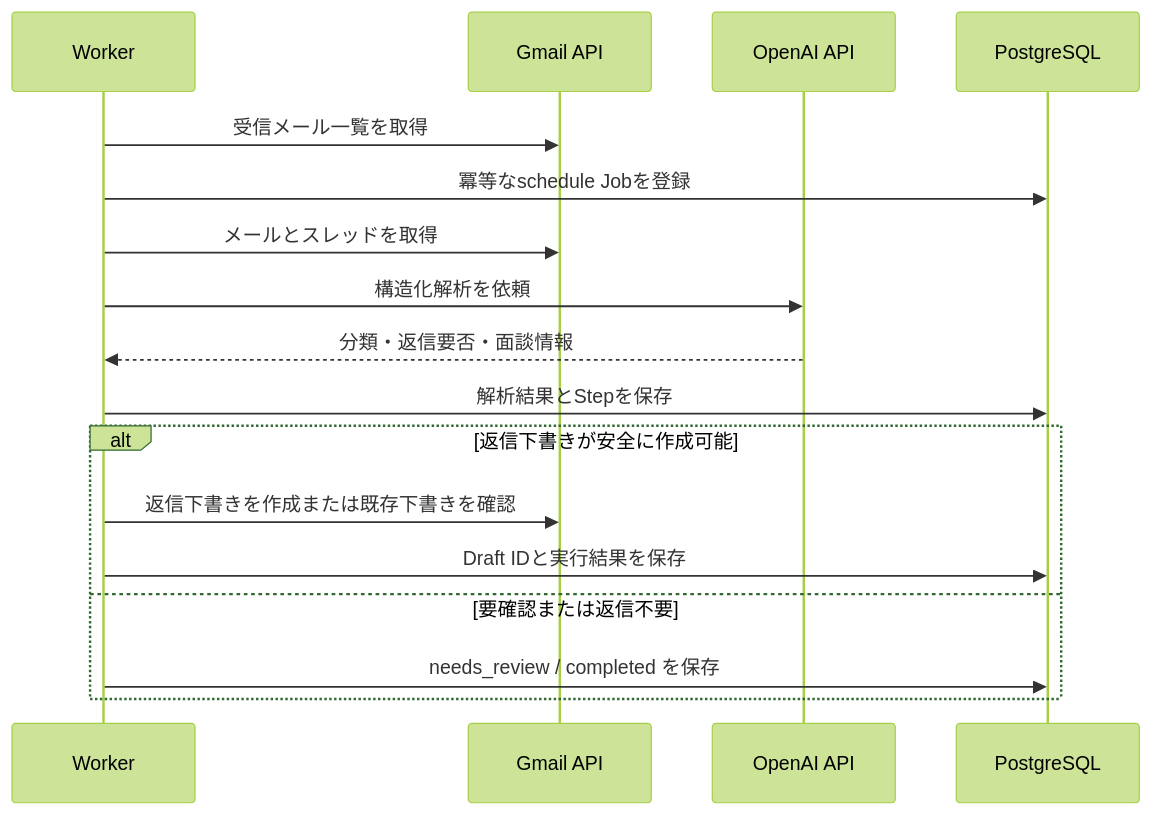
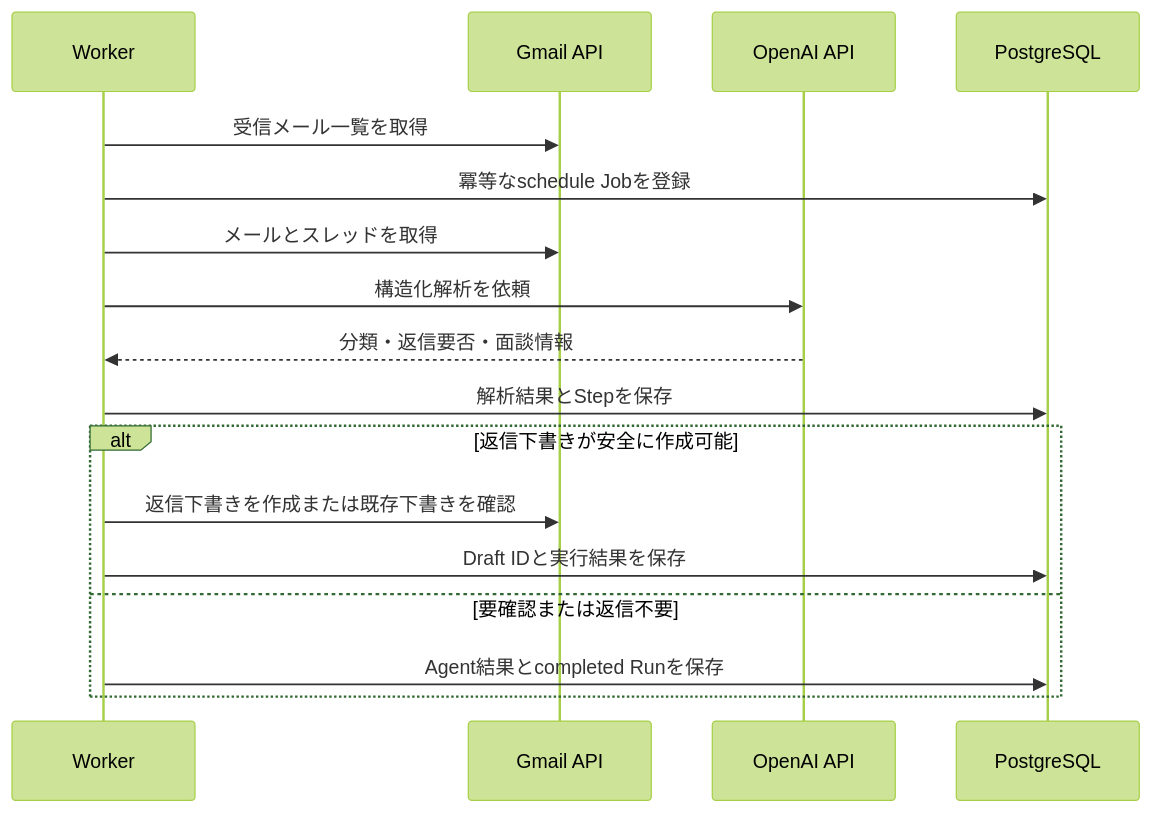
Before and after one commit to yusukesugahara/AIAgents: the second of 2 diagrams in README.md, drawn with Mermaid (forest theme). The commit also changed other lines of this file and 7 other files, not shown here.

````diff
--- a/README.md
+++ b/README.md
@@ -41,20 +41,20 @@
 ```mermaid
 sequenceDiagram
   participant W as Worker
   participant G as Gmail API
   participant L as OpenAI API
   participant D as PostgreSQL
 
   W->>G: 受信メール一覧を取得
   W->>D: 冪等なschedule Jobを登録
   W->>G: メールとスレッドを取得
   W->>L: 構造化解析を依頼
   L-->>W: 分類・返信要否・面談情報
   W->>D: 解析結果とStepを保存
   alt 返信下書きが安全に作成可能
     W->>G: 返信下書きを作成または既存下書きを確認
     W->>D: Draft IDと実行結果を保存
   else 要確認または返信不要
-    W->>D: needs_review / completed を保存
+    W->>D: Agent結果とcompleted Runを保存
   end
 ```
````
